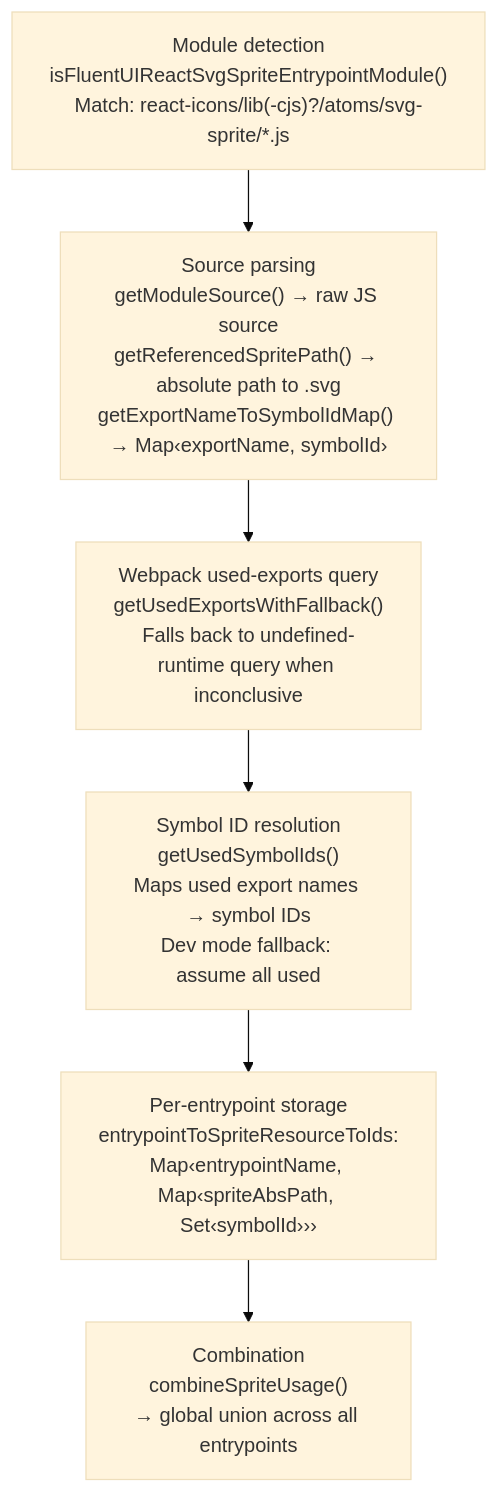
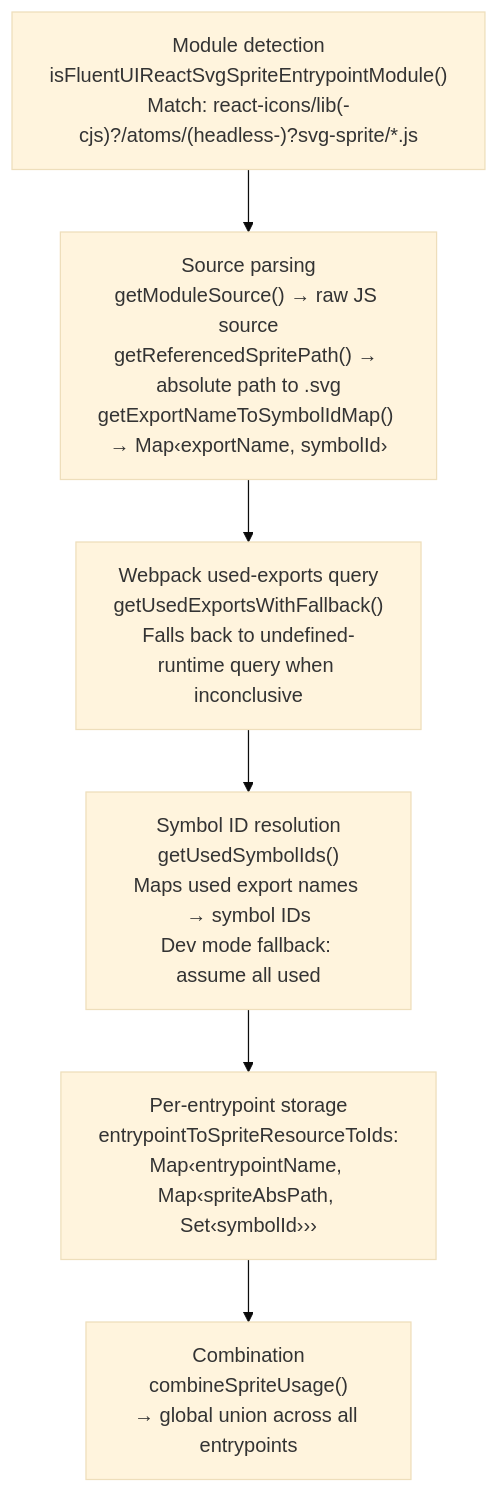
Before and after one commit to microsoft/fluentui-system-icons: the second of 4 diagrams in packages/react-icons-svg-sprite-subsetting-webpack-plugin/SPEC.md, drawn with Mermaid (base theme). The commit also changed other lines of this file and 5 other files, not shown here.

First line of the commit message:
docs(react-icons): document headless sprites, wrapIcon and the unlayered stylesheet

````diff
--- a/packages/react-icons-svg-sprite-subsetting-webpack-plugin/SPEC.md
+++ b/packages/react-icons-svg-sprite-subsetting-webpack-plugin/SPEC.md
@@ -75,11 +75,11 @@
 ```mermaid
 flowchart TD
-  A["Module detection<br/>isFluentUIReactSvgSpriteEntrypointModule()<br/>Match: react-icons/lib(-cjs)?/atoms/svg-sprite/*.js"]
+  A["Module detection<br/>isFluentUIReactSvgSpriteEntrypointModule()<br/>Match: react-icons/lib(-cjs)?/atoms/(headless-)?svg-sprite/*.js"]
   B["Source parsing<br/>getModuleSource() → raw JS source<br/>getReferencedSpritePath() → absolute path to .svg<br/>getExportNameToSymbolIdMap() → Map‹exportName, symbolId›"]
   C["Webpack used-exports query<br/>getUsedExportsWithFallback()<br/>Falls back to undefined-runtime query when inconclusive"]
   D["Symbol ID resolution<br/>getUsedSymbolIds()<br/>Maps used export names → symbol IDs<br/>Dev mode fallback: assume all used"]
   E["Per-entrypoint storage<br/>entrypointToSpriteResourceToIds:<br/>Map‹entrypointName, Map‹spriteAbsPath, Set‹symbolId›››"]
   F["Combination<br/>combineSpriteUsage()<br/>→ global union across all entrypoints"]
 
   A --> B --> C --> D --> E --> F
 ```
````
